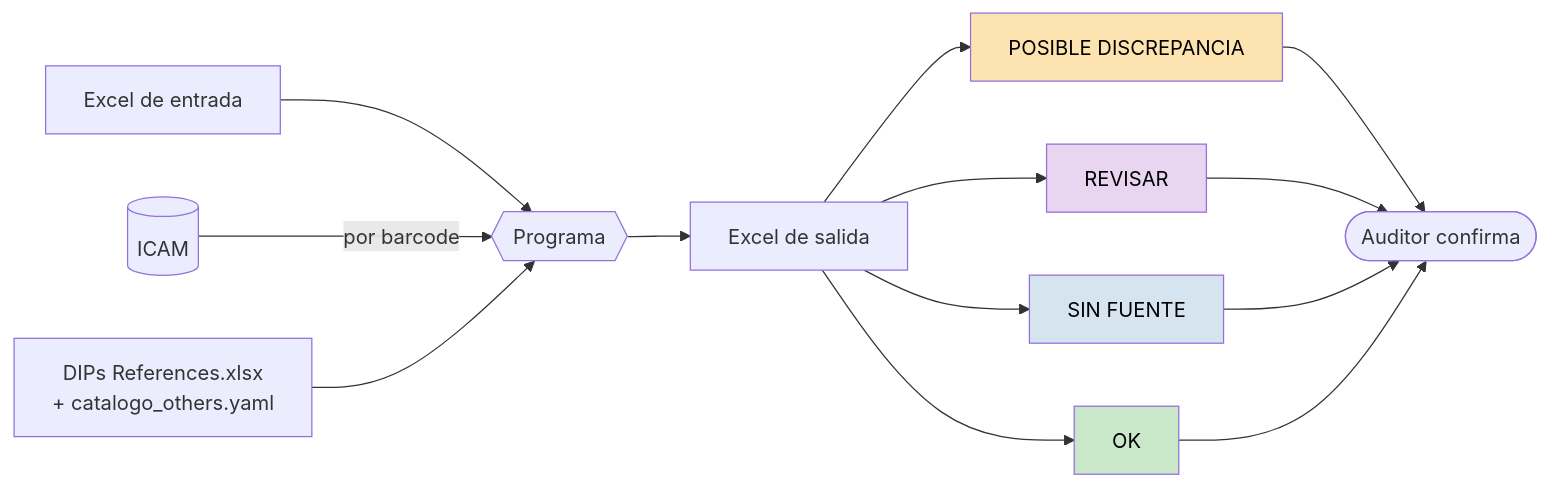
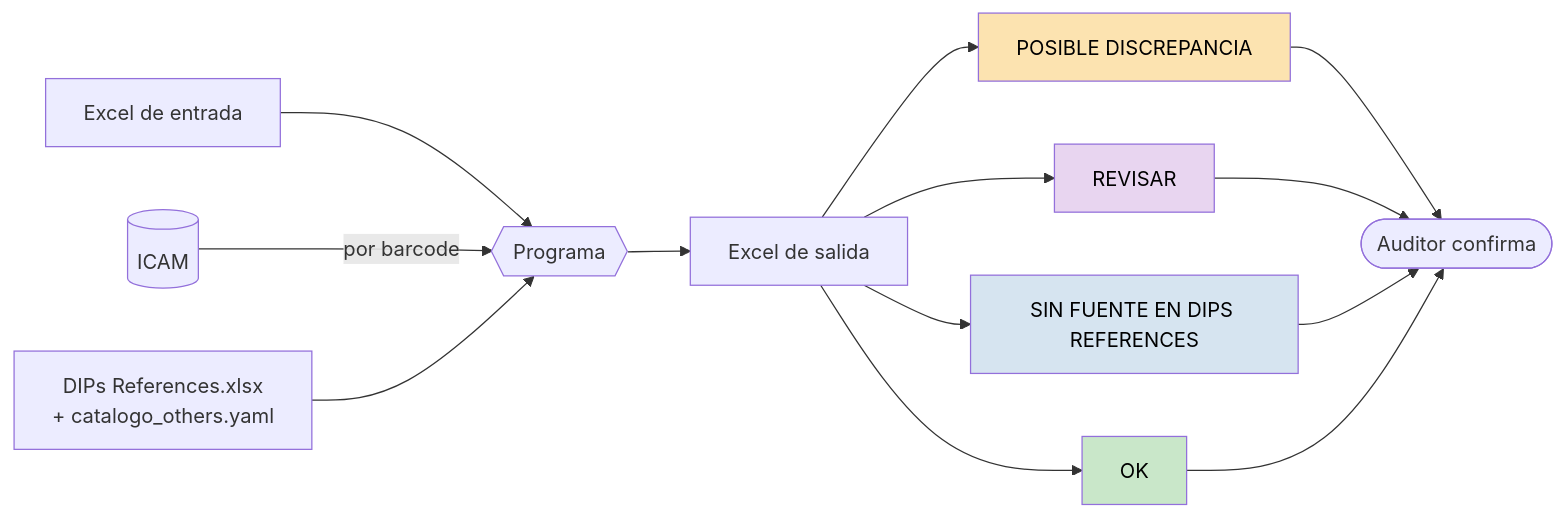
Before and after one commit to lviloriabas/dips: the first of 9 diagrams in docs/proceso.md, drawn with Mermaid. The commit also changed other lines of this file and 14 other files, not shown here.

Commit message:
Aclara que la falta de fuente corresponde a DIPs References

````diff
--- a/docs/proceso.md
+++ b/docs/proceso.md
@@ -15,19 +15,19 @@
 ```mermaid
 flowchart LR
     A[Excel de entrada] --> P{{Programa}}
     I[(ICAM)] -- por barcode --> P
     T[DIPs References.xlsx<br/>+ catalogo_others.yaml] --> P
     P --> S[Excel de salida]
     S --> D[POSIBLE DISCREPANCIA]
     S --> R[REVISAR]
-    S --> F[SIN FUENTE]
+    S --> F[SIN FUENTE EN DIPS REFERENCES]
     S --> O[OK]
     D --> U([Auditor confirma])
     R --> U
     F --> U
     O --> U
     style D fill:#FCE3B0,color:#000
     style R fill:#E8D5F0,color:#000
     style F fill:#D6E4F0,color:#000
     style O fill:#C9E7C9,color:#000
 ```
````
